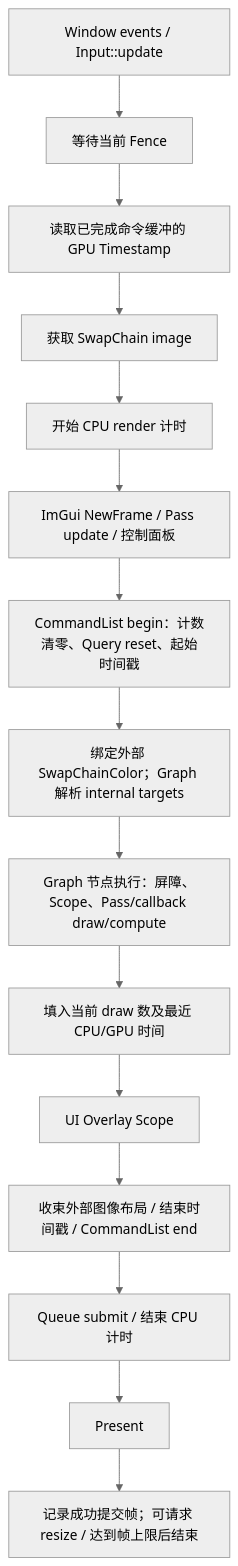
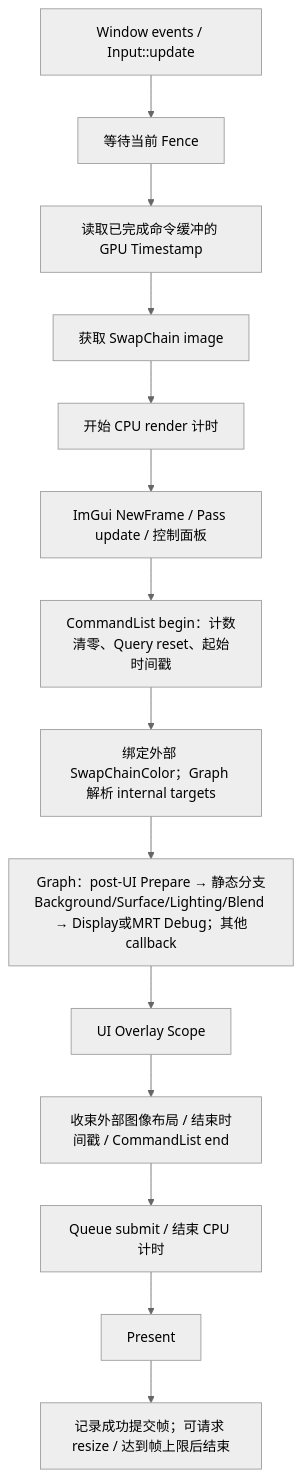
One commit to Cyberyb/KuEngine changed the diagram in docs/design/06-core-runtime.md. Above: the diagram before and after it, drawn with Mermaid (neutral theme). The commit also changed other lines of this file and 122 other files, not shown here.

````diff
--- a/docs/design/06-core-runtime.md
+++ b/docs/design/06-core-runtime.md
@@ -29,21 +29,20 @@
 ```mermaid
 flowchart TD
     Events["Window events / Input::update"]
     Wait["等待当前 Fence"]
     Query["读取已完成命令缓冲的 GPU Timestamp"]
     Acquire["获取 SwapChain image"]
     CPU["开始 CPU render 计时"]
     UI["ImGui NewFrame / Pass update / 控制面板"]
     Begin["CommandList begin：计数清零、Query reset、起始时间戳"]
     Bind["绑定外部 SwapChainColor；Graph 解析 internal targets"]
-    Graph["Graph 节点执行：屏障、Scope、Pass/callback draw/compute"]
-    Stats["填入当前 draw 数及最近 CPU/GPU 时间"]
+    Graph["Graph：post-UI Prepare → 静态分支Background/Surface/Lighting/Blend → Display或MRT Debug；其他callback"]
     Overlay["UI Overlay Scope"]
     Final["收束外部图像布局 / 结束时间戳 / CommandList end"]
     Submit["Queue submit / 结束 CPU 计时"]
     Present["Present"]
     Decision["记录成功提交帧；可请求 resize / 达到帧上限后结束"]
     Events --> Wait --> Query --> Acquire --> CPU --> UI --> Begin
-    Begin --> Bind --> Graph --> Stats --> Overlay --> Final --> Submit --> Present
+    Begin --> Bind --> Graph --> Overlay --> Final --> Submit --> Present
     Present --> Decision
 ```
````
